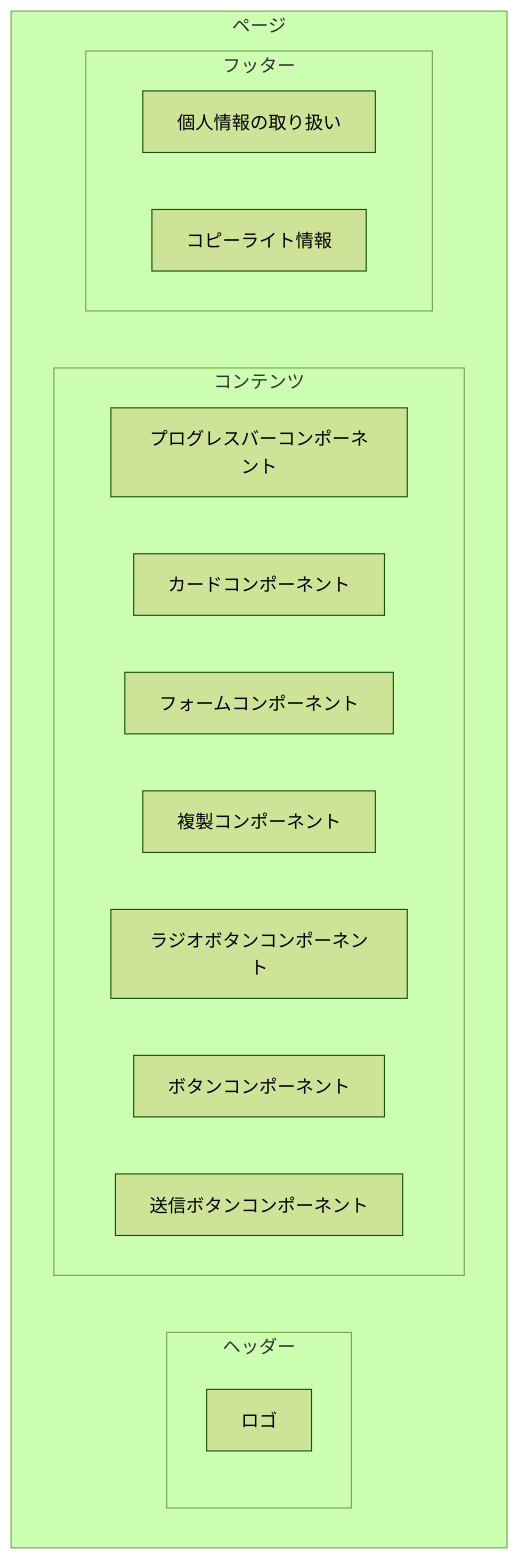
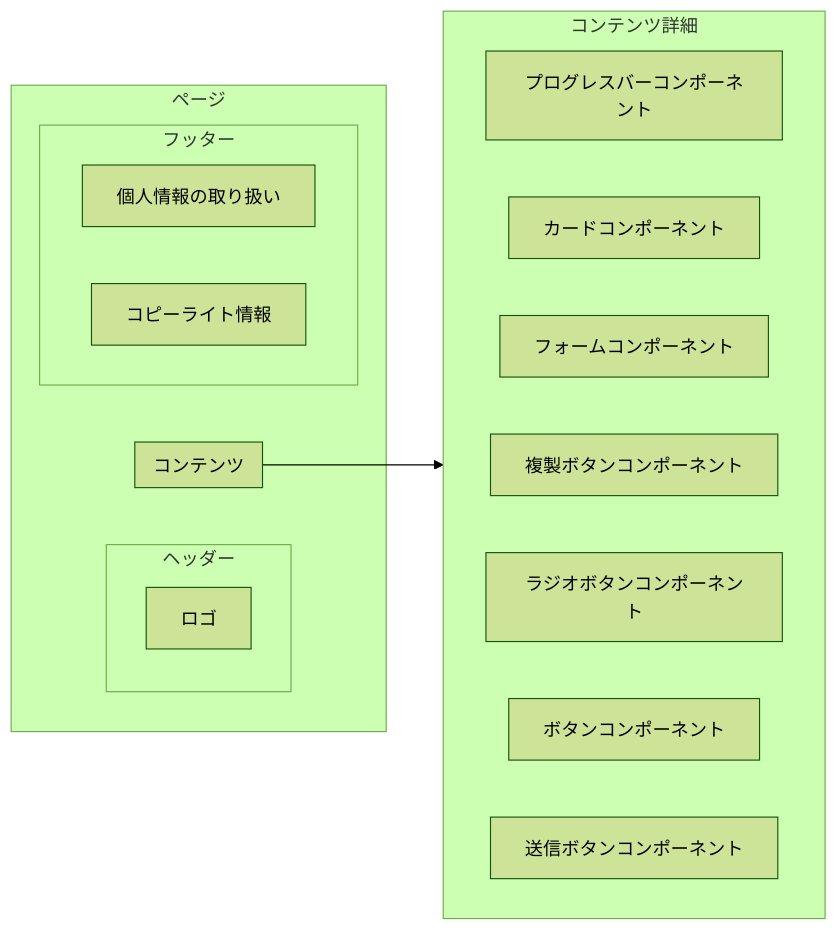
Before and after one commit to k-shorter/Practice_WebAppDev: the third of 3 diagrams in notes/サイトストラクチャ.md, drawn with Mermaid (forest theme). The commit also changed other lines of this file and 1 other file, not shown here.

````diff
--- a/notes/サイトストラクチャ.md
+++ b/notes/サイトストラクチャ.md
@@ -29,26 +187,33 @@
 ```mermaid
-graph TB
+graph LR
     subgraph Page[ページ]
         subgraph Header[ヘッダー]
             direction TB
             Logo[ロゴ]
         end
 
         subgraph Content[コンテンツ]
             direction LR
-            ProgressBarComponent[プログレスバーコンポーネント]
-            CardComponent[カードコンポーネント]
-            FormComponent[フォームコンポーネント]
-            CopyComponent[複製コンポーネント]
-            RadioButton[ラジオボタンコンポーネント]
-            ButtonComponent[ボタンコンポーネント]
-            SubmitButtonComponent[送信ボタンコンポーネント]
+            
         end
 
         subgraph Footer[フッター]
             direction LR
             PlivacyPolicy[個人情報の取り扱い]
             Copyright[コピーライト情報]
         end
     end
+
+    subgraph Content_d[コンテンツ詳細]
+        direction LR
+            1[プログレスバーコンポーネント]
+            2[カードコンポーネント]
+            3[フォームコンポーネント]
+            4[複製ボタンコンポーネント]
+            5[ラジオボタンコンポーネント]
+            6[ボタンコンポーネント]
+            7[送信ボタンコンポーネント]
+    end
+
+    Content --> Content_d
 ```
````
